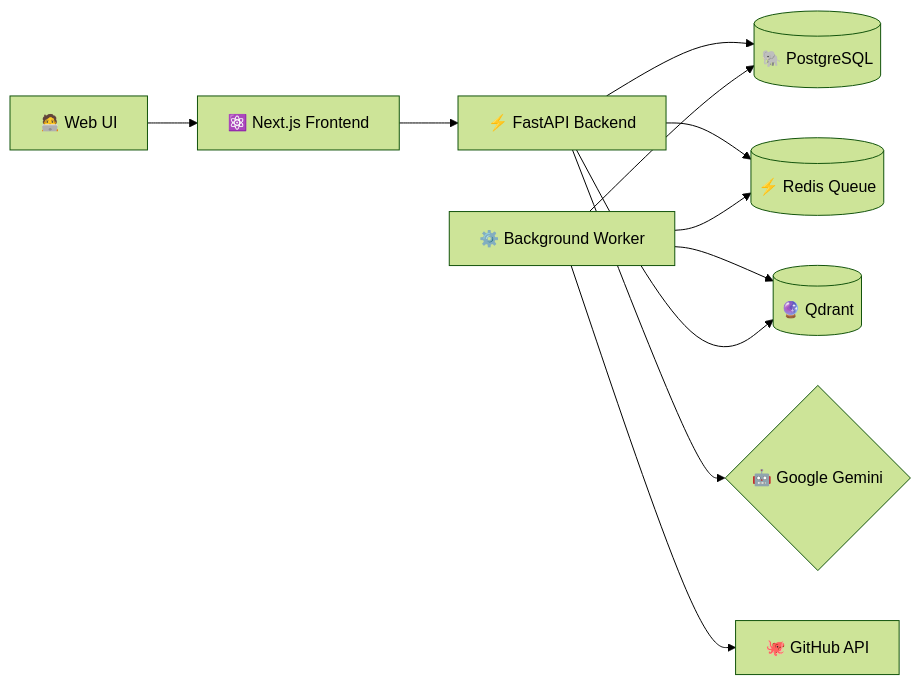
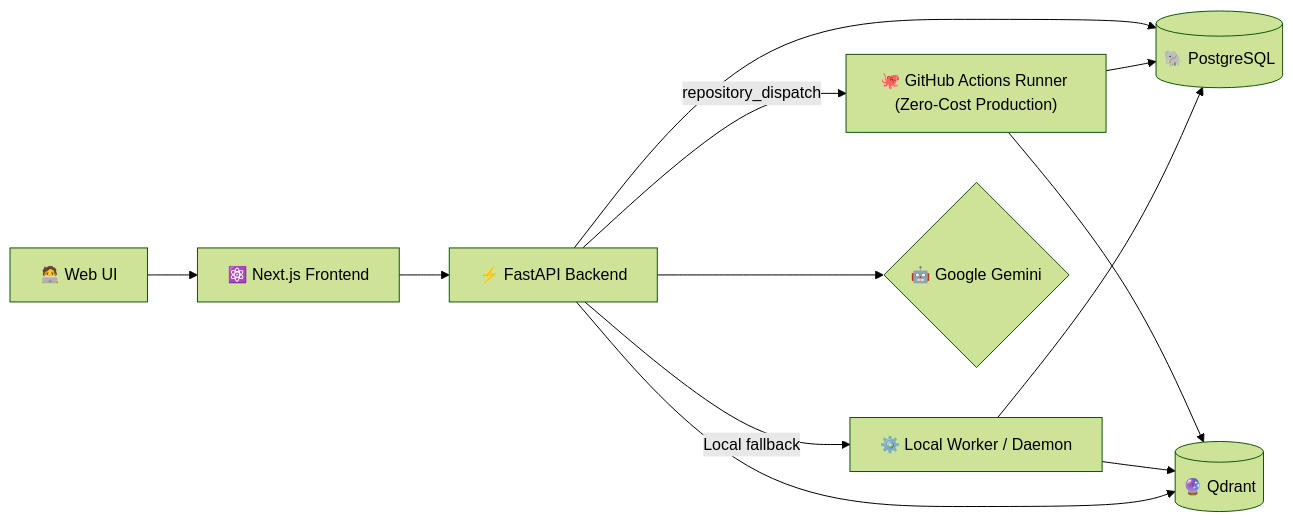
The first of 2 diagrams in README.md (dimeneman/Repo-Pilot), drawn with Mermaid (forest theme) before and after one commit. The commit also changed other lines of this file and 14 other files, not shown here.

Commit message:
Switch ingestion to GitHub Actions async flow

````diff
--- a/README.md
+++ b/README.md
@@ -30,13 +30,14 @@
 ```mermaid
 graph LR
     User["🧑‍💻 Web UI"] --> FE["⚛️ Next.js Frontend"]
     FE --> API["⚡ FastAPI Backend"]
     API --> PG[("🐘 PostgreSQL")]
-    API --> Redis[("⚡ Redis Queue")]
-    Worker["⚙️ Background Worker"] --> Redis
-    Worker --> PG
-    Worker --> QD[("🔮 Qdrant")]
+    API -->|repository_dispatch| GHA["🐙 GitHub Actions Runner (Zero-Cost Production)"]
+    API -->|Local fallback| LocalWorker["⚙️ Local Worker / Daemon"]
+    GHA --> PG
+    GHA --> QD[("🔮 Qdrant")]
+    LocalWorker --> PG
+    LocalWorker --> QD
     API --> QD
     API --> LLM{"🤖 Google Gemini"}
-    Worker --> GH["🐙 GitHub API"]
 ```
````
